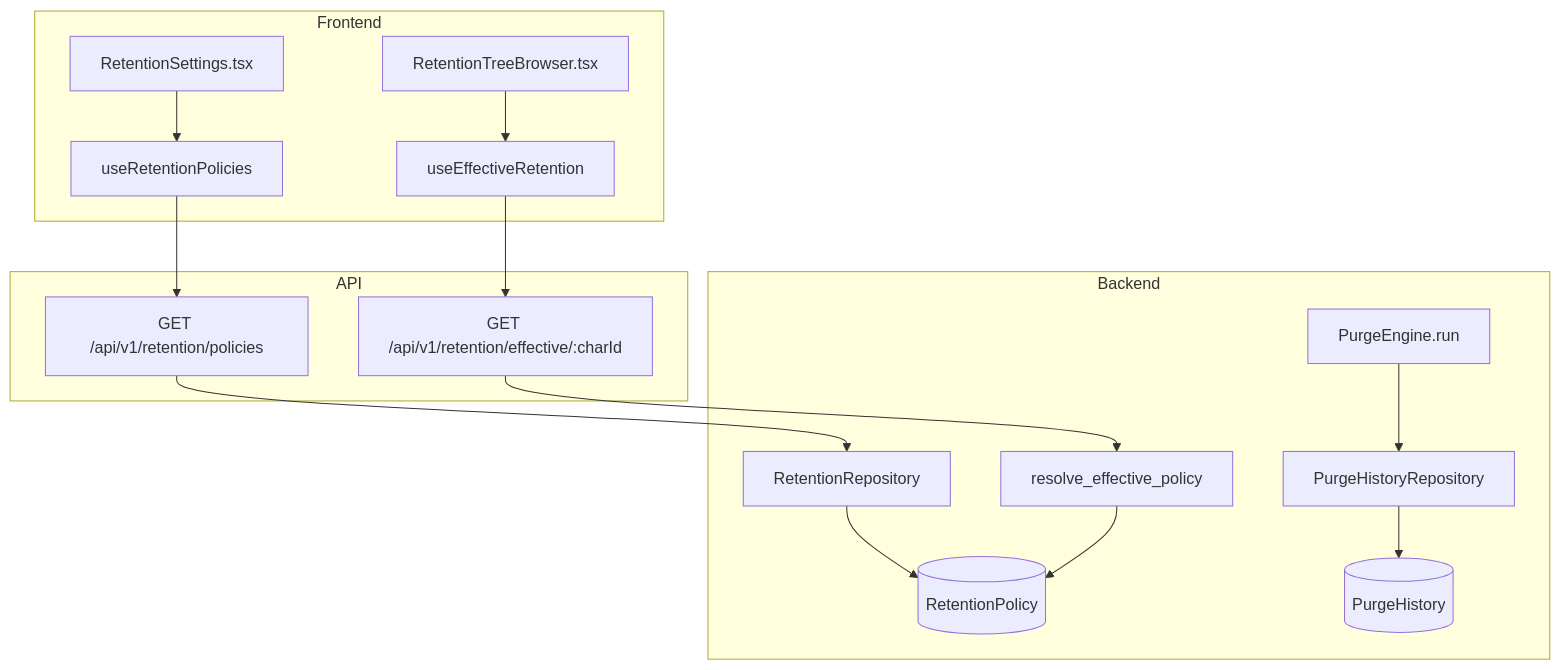
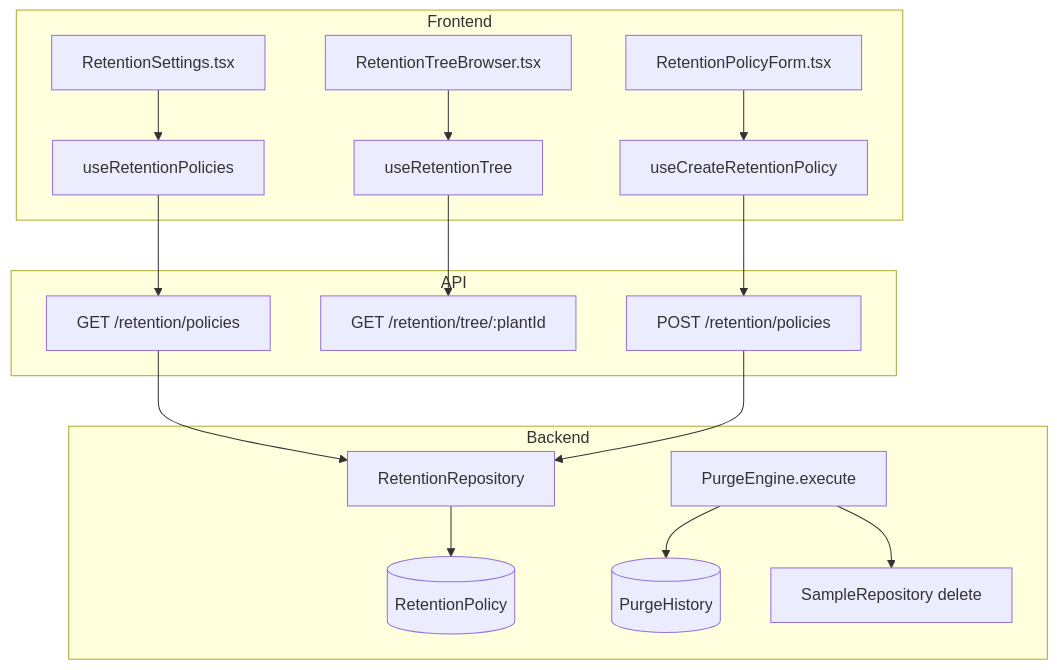
The first of 2 diagrams in .knowledge/features/retention.md (saturnis-io/cassini), drawn with Mermaid before and after one commit. The commit also changed other lines of this file and 16 other files, not shown here.

First line of the commit message:
knowledge-graph: regenerate

````diff
--- a/.knowledge/features/retention.md
+++ b/.knowledge/features/retention.md
@@ -5,19 +5,20 @@
 ```mermaid
 flowchart TD
     subgraph Frontend
         C1[RetentionSettings.tsx] --> H1[useRetentionPolicies]
-        C2[RetentionTreeBrowser.tsx] --> H2[useEffectiveRetention]
+        C2[RetentionTreeBrowser.tsx] --> H2[useRetentionTree]
+        C3[RetentionPolicyForm.tsx] --> H3[useCreateRetentionPolicy]
     end
     subgraph API
-        H1 --> E1[GET /api/v1/retention/policies]
-        H2 --> E2[GET /api/v1/retention/effective/:charId]
+        H1 --> E1[GET /retention/policies]
+        H2 --> E2[GET /retention/tree/:plantId]
+        H3 --> E3[POST /retention/policies]
     end
     subgraph Backend
         E1 --> R1[RetentionRepository]
         R1 --> M1[(RetentionPolicy)]
-        E2 --> S1[resolve_effective_policy]
-        S1 --> M1
-        S2[PurgeEngine.run] --> R2[PurgeHistoryRepository]
-        R2 --> M2[(PurgeHistory)]
+        E3 --> R1
+        S1[PurgeEngine.execute] --> M2[(PurgeHistory)]
+        S1 --> R2[SampleRepository delete]
     end
 ```
````
